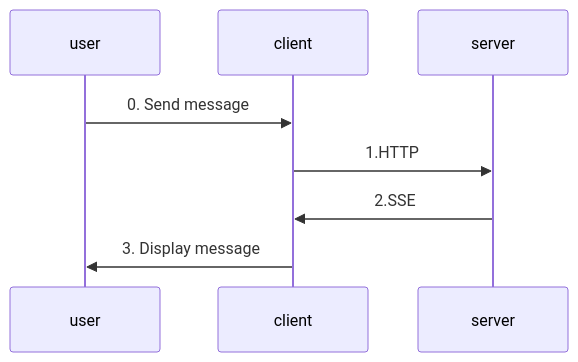
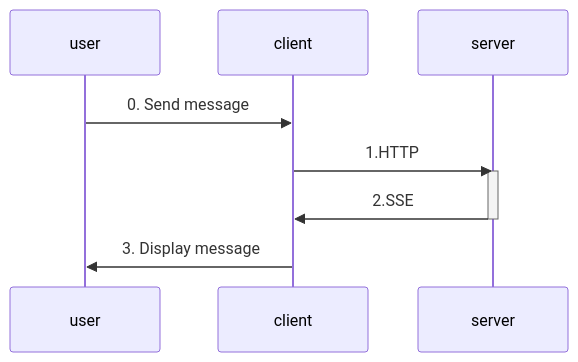
Before and after one commit to jasmin-software/dotnet_agui_workshop: the diagram in project1/Client_Tutorial_1/README.md, drawn with Mermaid. The commit also changed 3 other files, not shown here.

````diff
--- a/project1/Client_Tutorial_1/README.md
+++ b/project1/Client_Tutorial_1/README.md
@@ -114,7 +114,9 @@
 ```mermaid
 sequenceDiagram;
     user->>client: 0. Send message
     client->>server: 1.HTTP
+    activate server
     server->>client: 2.SSE
+    deactivate server
     client->>user: 3. Display message
 ```
````
